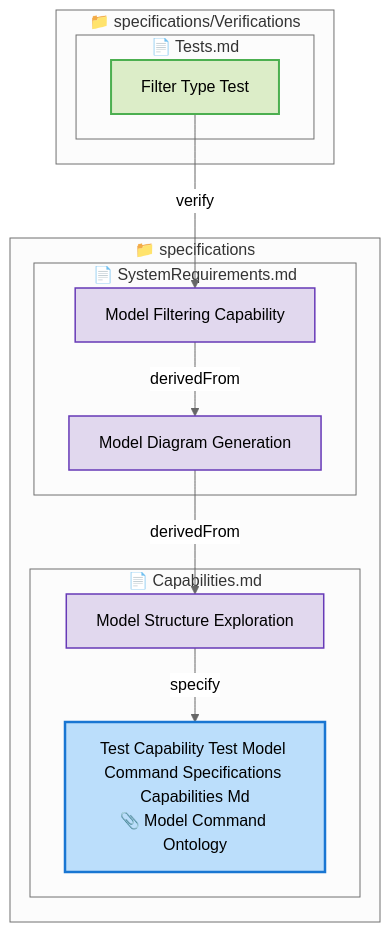
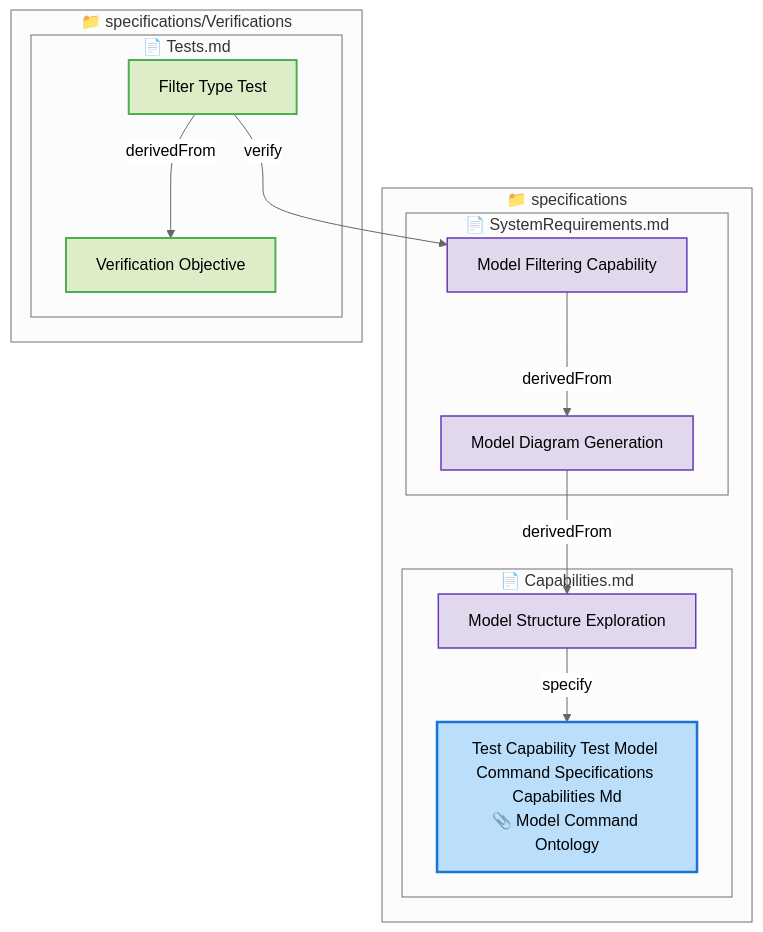
One commit to reqvire-org/reqvire changed the second of 6 diagrams in tests/test-model-command/expected/expected_reverse_filter_output.md. Above: the diagram before and after it, drawn with Mermaid (neutral theme). The commit also changed other lines of this file and 134 other files, not shown here.

````diff
--- a/tests/test-model-command/expected/expected_reverse_filter_output.md
+++ b/tests/test-model-command/expected/expected_reverse_filter_output.md
@@ -62,41 +66,45 @@
 ```mermaid
 graph TD
   classDef capability fill:#BBDEFB,stroke:#1976D2,stroke-width:2.5px;
   classDef systemRequirement fill:#E1D8EE,stroke:#673AB7,stroke-width:1.5px;
   classDef ontology fill:#F4E3A1,stroke:#B08A00,stroke-width:2px;
   classDef verification fill:#DCEDC8,stroke:#4CAF50,stroke-width:2px;
   classDef default fill:#F5F5F5,stroke:#424242,stroke-width:1.5px;
 
   classDef folder fill:#FAFAFA,stroke:#9E9E9E,stroke-width:3px;
   classDef file fill:#FFF8E1,stroke:#FFCA28,stroke-width:2px;
 
   subgraph 9d68b769fcbc79d0["📁 specifications"]
     subgraph afe26fd45621e6a["📄 Capabilities.md"]
       458b8fd2c32e6014["Model Structure Exploration"];
       class 458b8fd2c32e6014 systemRequirement;
       click 458b8fd2c32e6014 "specifications/Capabilities.md#model-structure-exploration";
       8c7466173ee6b05d["Test Capability Test Model Command Specifications Capabilities Md<br/>📎 Model Command Ontology"];
       class 8c7466173ee6b05d capability;
       click 8c7466173ee6b05d "specifications/Capabilities.md#test-capability-test-model-command-specifications-capabilities-md";
     end
     subgraph 77808752d543f615["📄 SystemRequirements.md"]
       b7ec4bb3813f1dea["Model Diagram Generation"];
       class b7ec4bb3813f1dea systemRequirement;
       click b7ec4bb3813f1dea "specifications/SystemRequirements.md#model-diagram-generation";
       836c732a54d7f48f["Model Filtering Capability"];
       class 836c732a54d7f48f systemRequirement;
       click 836c732a54d7f48f "specifications/SystemRequirements.md#model-filtering-capability";
     end
   end
   subgraph 9f0649e759bd2822["📁 specifications/Verifications"]
     subgraph 7d9dffd79ed1d5b8["📄 Tests.md"]
       bbd610799ac8e00f["Filter Type Test"];
       class bbd610799ac8e00f verification;
       click bbd610799ac8e00f "specifications/Verifications/Tests.md#filter-type-test";
+      ca7cfe254517fe63["Verification Objective"];
+      class ca7cfe254517fe63 verification;
+      click ca7cfe254517fe63 "specifications/Verifications/Tests.md#verification-objective";
     end
   end
+  bbd610799ac8e00f -->|derivedFrom| ca7cfe254517fe63;
   bbd610799ac8e00f -->|verify| 836c732a54d7f48f;
   836c732a54d7f48f -->|derivedFrom| b7ec4bb3813f1dea;
   b7ec4bb3813f1dea -->|derivedFrom| 458b8fd2c32e6014;
   458b8fd2c32e6014 -->|specify| 8c7466173ee6b05d;
 ```
````
